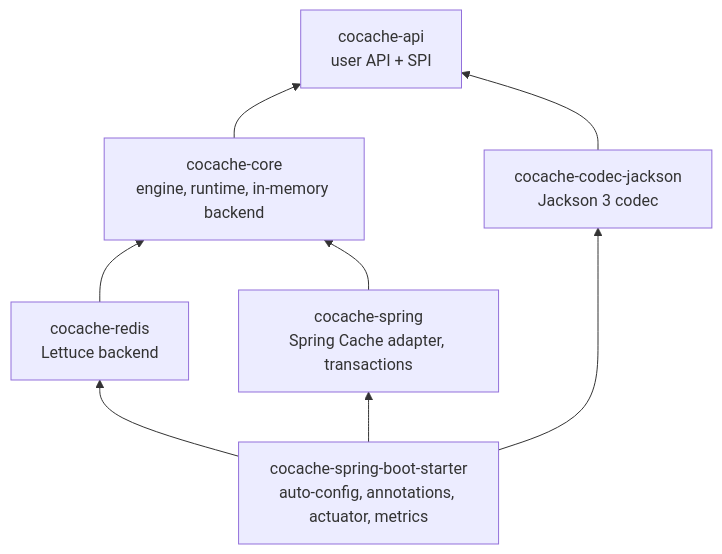
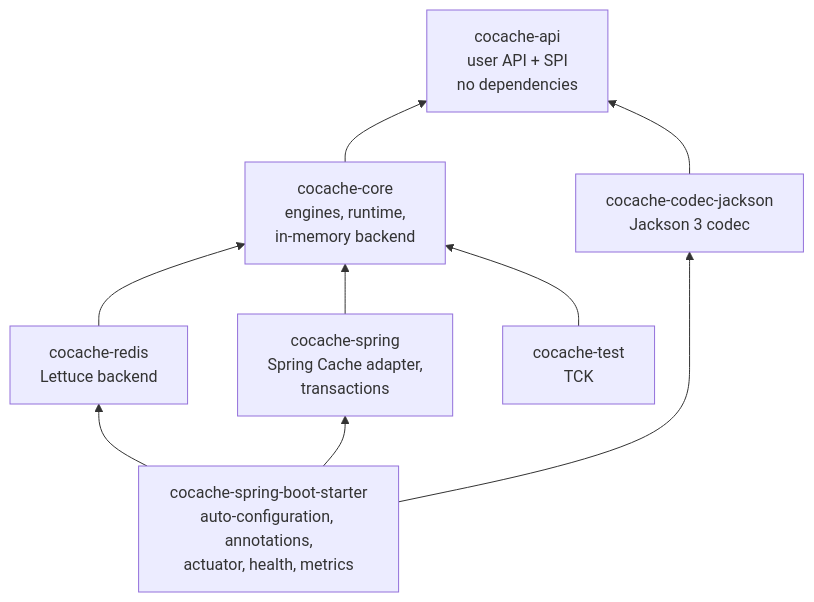
One commit to Ahoo-Wang/CoCache changed the first of 2 diagrams in wiki/architecture/index.md. Above: the diagram before and after it, drawn with Mermaid. The commit also changed other lines of this file and 23 other files, not shown here.

Commit message:
fix(core): SetCache format checks; docs: rewrite operations and architecture (en + zh)

````diff
--- a/wiki/architecture/index.md
+++ b/wiki/architecture/index.md
@@ -24,16 +26,18 @@
 ```mermaid
 flowchart BT
-    api["cocache-api<br>user API + SPI"]
-    core["cocache-core<br>engine, runtime, in-memory backend"]
+    api["cocache-api<br>user API + SPI<br>no dependencies"]
+    core["cocache-core<br>engines, runtime,<br>in-memory backend"]
     redis["cocache-redis<br>Lettuce backend"]
     jackson["cocache-codec-jackson<br>Jackson 3 codec"]
-    spring["cocache-spring<br>Spring Cache adapter, transactions"]
-    starter["cocache-spring-boot-starter<br>auto-config, annotations, actuator, metrics"]
+    spring["cocache-spring<br>Spring Cache adapter,<br>transactions"]
+    starter["cocache-spring-boot-starter<br>auto-configuration, annotations,<br>actuator, health, metrics"]
+    tck["cocache-test<br>TCK"]
     core --> api
+    jackson --> api
     redis --> core
-    jackson --> api
     spring --> core
+    tck --> core
     starter --> spring
     starter --> redis
     starter --> jackson
 ```
````
